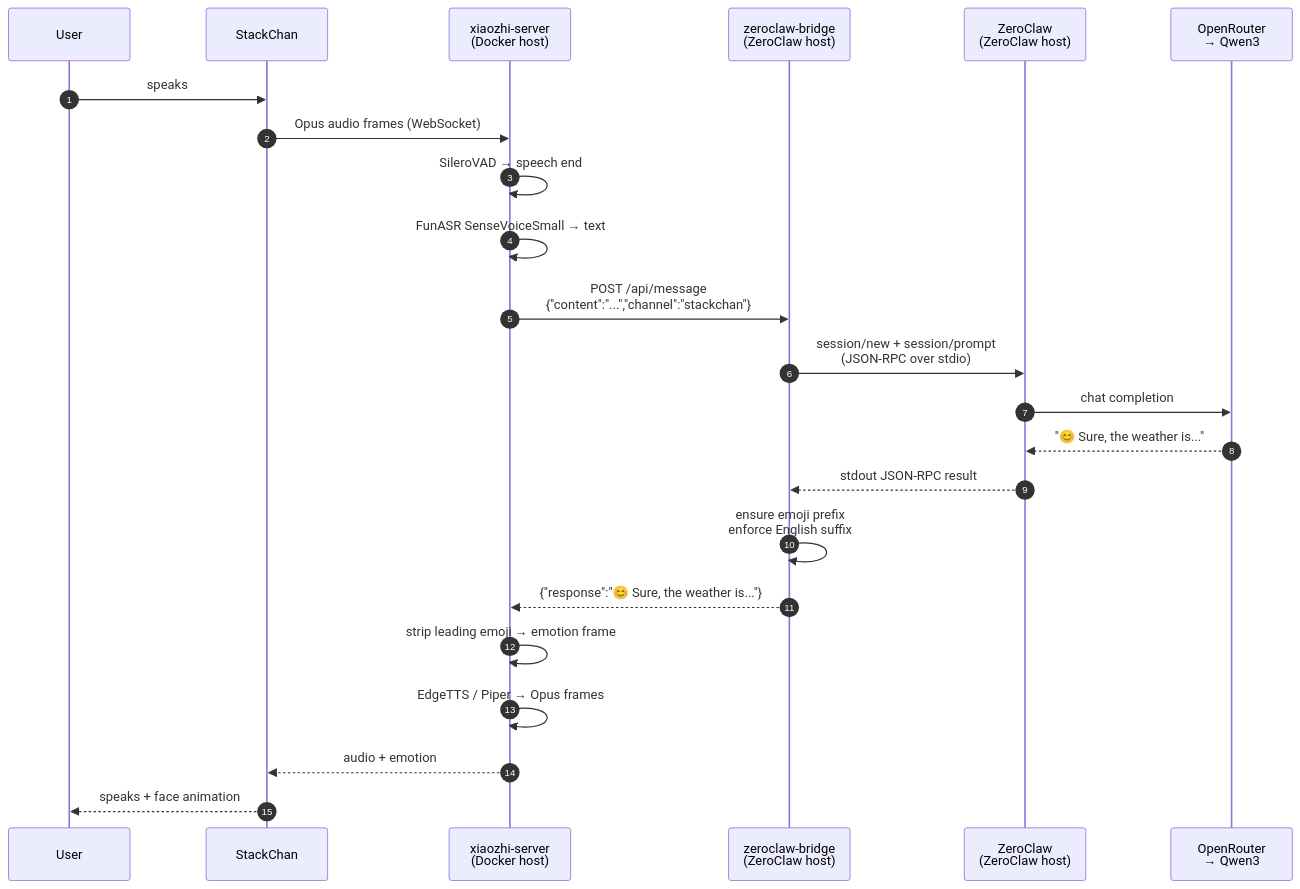
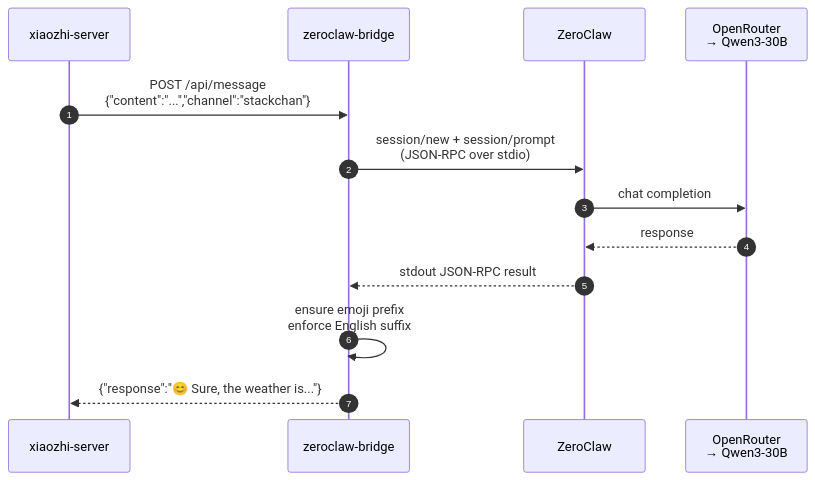
One commit to BrettKinny/dotty-stackchan changed the fourth of 4 diagrams in docs/architecture.md. Above: the diagram before and after it, drawn with Mermaid. The commit also changed other lines of this file and 27 other files, not shown here.

````diff
--- a/docs/architecture.md
+++ b/docs/architecture.md
@@ -64,26 +127,16 @@
 ```mermaid
 sequenceDiagram
     autonumber
-    participant User
-    participant SC as StackChan
-    participant XZ as xiaozhi-server<br/>(Docker host)
-    participant Br as zeroclaw-bridge<br/>(ZeroClaw host)
-    participant ZC as ZeroClaw<br/>(ZeroClaw host)
-    participant LLM as OpenRouter<br/>→ Qwen3
+    participant XZ as xiaozhi-server
+    participant Br as zeroclaw-bridge
+    participant ZC as ZeroClaw
+    participant LLM as OpenRouter<br/>→ Qwen3-30B
 
-    User->>SC: speaks
-    SC->>XZ: Opus audio frames (WebSocket)
-    XZ->>XZ: SileroVAD → speech end
-    XZ->>XZ: FunASR SenseVoiceSmall → text
     XZ->>Br: POST /api/message<br/>{"content":"...","channel":"stackchan"}
     Br->>ZC: session/new + session/prompt<br/>(JSON-RPC over stdio)
     ZC->>LLM: chat completion
-    LLM-->>ZC: "😊 Sure, the weather is..."
+    LLM-->>ZC: response
     ZC-->>Br: stdout JSON-RPC result
     Br->>Br: ensure emoji prefix<br/>enforce English suffix
     Br-->>XZ: {"response":"😊 Sure, the weather is..."}
-    XZ->>XZ: strip leading emoji → emotion frame
-    XZ->>XZ: EdgeTTS / Piper → Opus frames
-    XZ-->>SC: audio + emotion
-    SC-->>User: speaks + face animation
 ```
````
